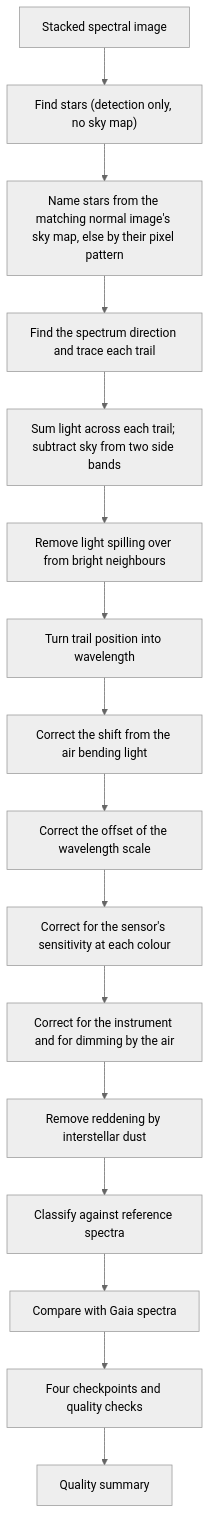
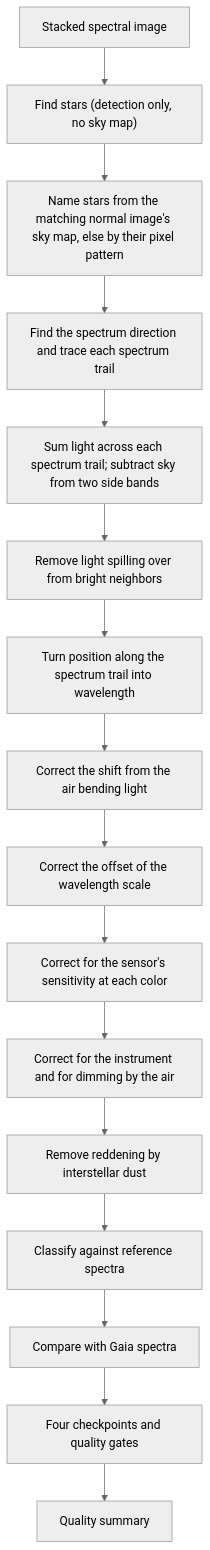
One commit to m1chae2/astrometrics changed the diagram in documentation/library_design/pipelines/spectroscopy.md. Above: the diagram before and after it, drawn with Mermaid (neutral theme). The commit also changed other lines of this file and 93 other files, not shown here.

````diff
--- a/documentation/library_design/pipelines/spectroscopy.md
+++ b/documentation/library_design/pipelines/spectroscopy.md
@@ -48,18 +25,18 @@
 ```mermaid
 flowchart TD
     A["Stacked spectral image"] --> B["Find stars (detection only, no sky map)"]
     B --> C["Name stars from the matching normal image's sky map, else by their pixel pattern"]
-    C --> D["Find the spectrum direction and trace each trail"]
-    D --> E["Sum light across each trail; subtract sky from two side bands"]
-    E --> F["Remove light spilling over from bright neighbours"]
-    F --> G["Turn trail position into wavelength"]
+    C --> D["Find the spectrum direction and trace each spectrum trail"]
+    D --> E["Sum light across each spectrum trail; subtract sky from two side bands"]
+    E --> F["Remove light spilling over from bright neighbors"]
+    F --> G["Turn position along the spectrum trail into wavelength"]
     G --> H["Correct the shift from the air bending light"]
     H --> I["Correct the offset of the wavelength scale"]
-    I --> J["Correct for the sensor's sensitivity at each colour"]
+    I --> J["Correct for the sensor's sensitivity at each color"]
     J --> K["Correct for the instrument and for dimming by the air"]
     K --> L["Remove reddening by interstellar dust"]
     L --> M["Classify against reference spectra"]
     M --> N["Compare with Gaia spectra"]
-    N --> O["Four checkpoints and quality checks"]
+    N --> O["Four checkpoints and quality gates"]
     O --> P["Quality summary"]
 ```
````
